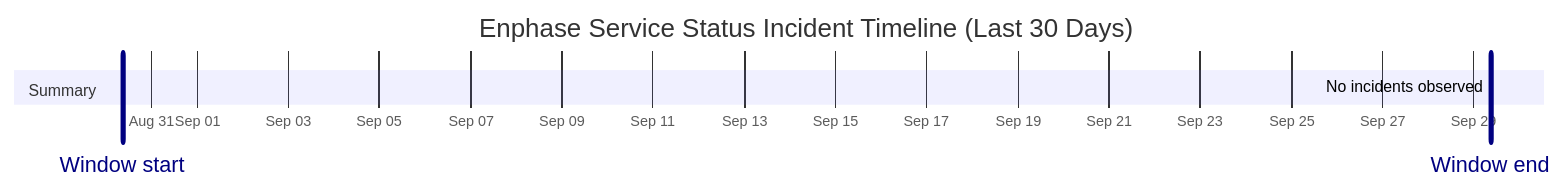
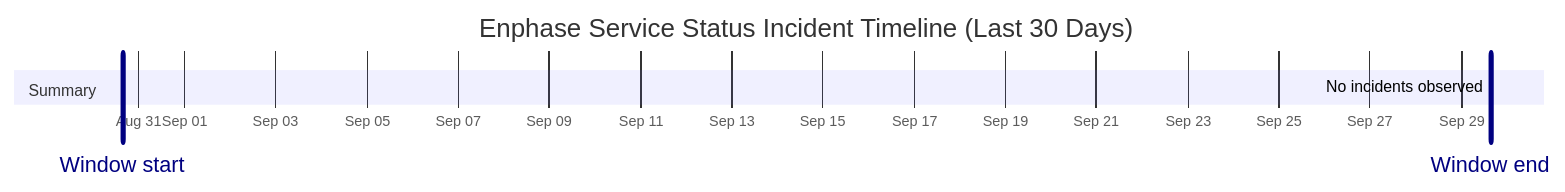
One commit to barneyonline/ha-enphase-energy changed the diagram in wiki/Service-Status-History.md. Above: the diagram before and after it, drawn with Mermaid. The commit also changed other lines of this file and 3 other files, not shown here.

````diff
--- a/wiki/Service-Status-History.md
+++ b/wiki/Service-Status-History.md
@@ -14,10 +14,10 @@
 ```mermaid
 gantt
     title Enphase Service Status Incident Timeline (Last 30 Days)
     dateFormat  YYYY-MM-DDTHH:mm:ss
     axisFormat  %b %d
-    Window start :vert, window-start, 2026-08-30T08:51:30, 0ms
-    Window end :vert, window-end, 2026-09-29T08:51:30, 0ms
+    Window start :vert, window-start, 2026-08-30T15:21:44, 0ms
+    Window end :vert, window-end, 2026-09-29T15:21:44, 0ms
     section Summary
-    No incidents observed :done, 2026-09-29T08:51:30, 1m
+    No incidents observed :done, 2026-09-29T15:21:44, 1m
 ```
````
